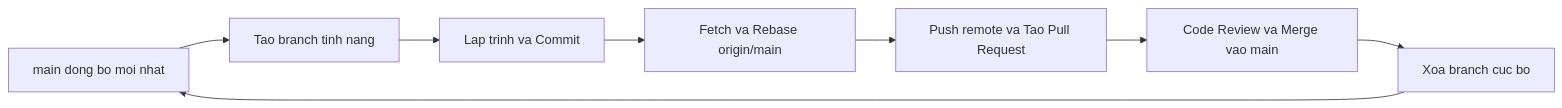
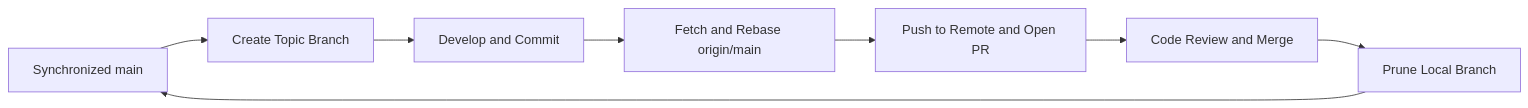
One commit to dkv12345/CineHub changed the diagram in docs/GIT_WORKFLOW.md. Above: the diagram before and after it, drawn with Mermaid. The commit also changed other lines of this file, not shown here.

````diff
--- a/docs/GIT_WORKFLOW.md
+++ b/docs/GIT_WORKFLOW.md
@@ -19,10 +19,10 @@
 ```mermaid
 graph LR
-    A[main dong bo moi nhat] --> B[Tao branch tinh nang]
-    B --> C[Lap trinh va Commit]
-    C --> D[Fetch va Rebase origin/main]
-    D --> E[Push remote va Tao Pull Request]
-    E --> F[Code Review va Merge vao main]
-    F --> G[Xoa branch cuc bo]
+    A[Synchronized main] --> B[Create Topic Branch]
+    B --> C[Develop and Commit]
+    C --> D[Fetch and Rebase origin/main]
+    D --> E[Push to Remote and Open PR]
+    E --> F[Code Review and Merge]
+    F --> G[Prune Local Branch]
     G --> A
 ```
````
